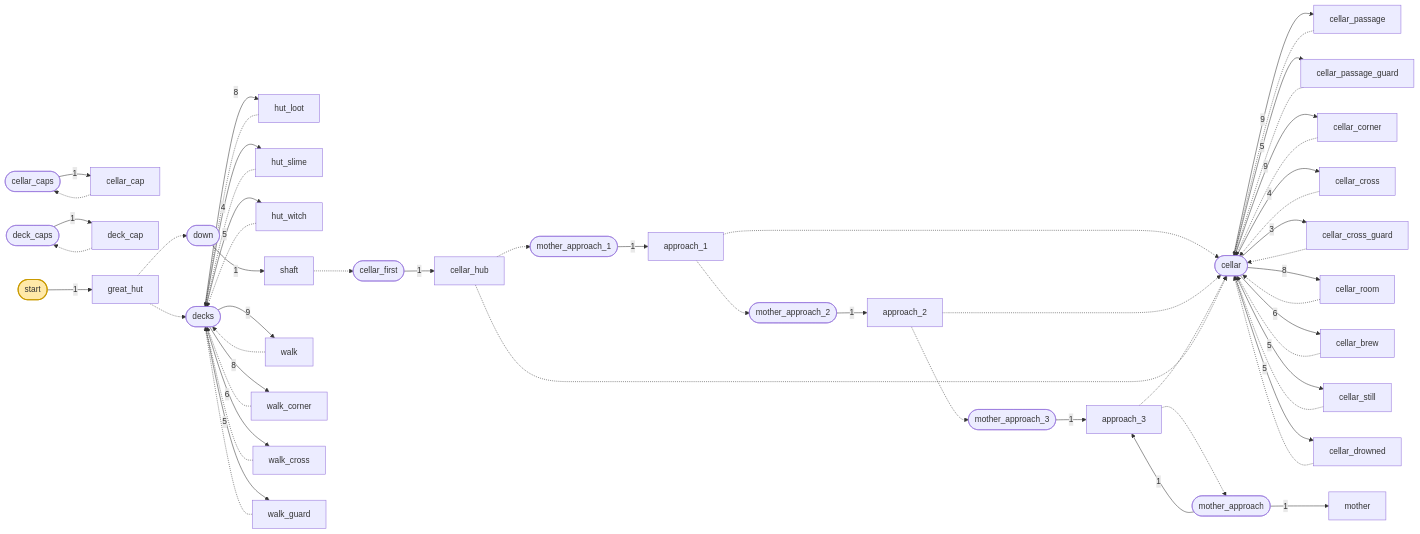
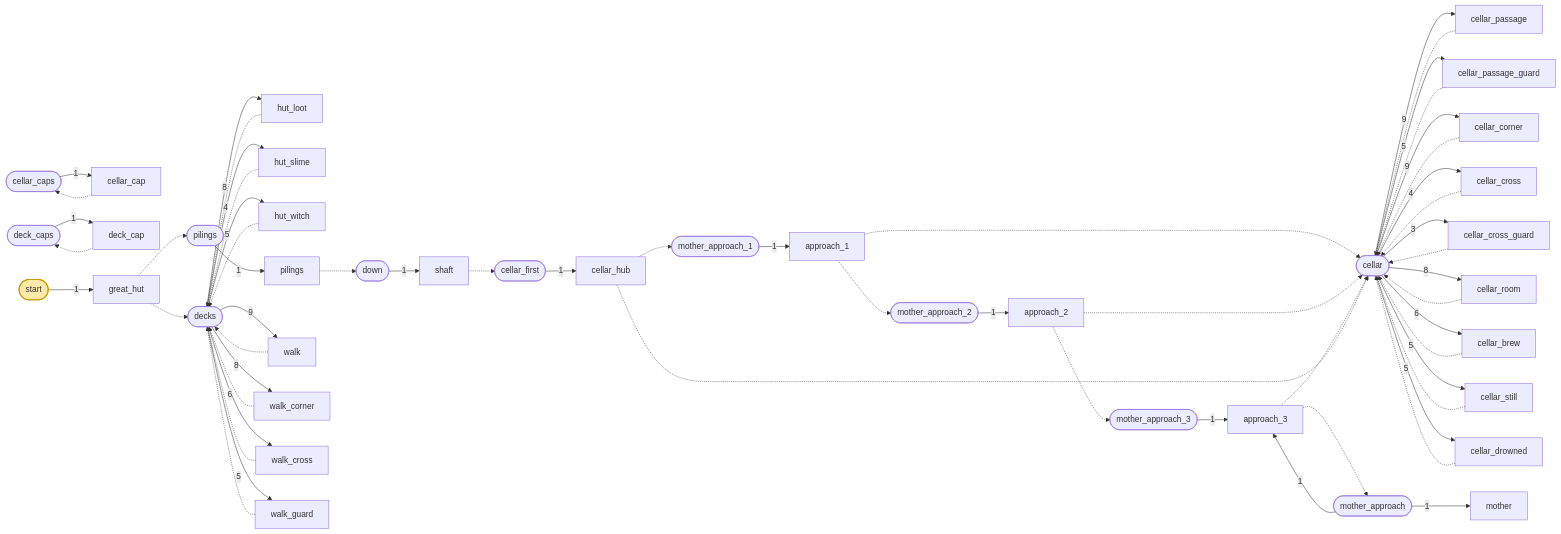
One commit to syang0531/sydungeon changed the diagram in docs/levels/swamp.md. Above: the diagram before and after it, drawn with Mermaid. The commit also changed other lines of this file and 41 other files, not shown here.

```diff
--- a/docs/levels/swamp.md
+++ b/docs/levels/swamp.md
@@ -80,6 +90,7 @@
   P_mother_approach_1(["mother_approach_1"])
   P_mother_approach_2(["mother_approach_2"])
   P_mother_approach_3(["mother_approach_3"])
+  P_pilings(["pilings"])
   P_start(["start"])
   E_approach_1["approach_1"]
   E_approach_2["approach_2"]
@@ -101,6 +112,7 @@
   E_hut_slime["hut_slime"]
   E_hut_witch["hut_witch"]
   E_mother["mother"]
+  E_pilings["pilings"]
   E_shaft["shaft"]
   E_walk["walk"]
   E_walk_corner["walk_corner"]
@@ -131,6 +143,7 @@
   P_mother_approach_1 -- 1 --> E_approach_1
   P_mother_approach_2 -- 1 --> E_approach_2
   P_mother_approach_3 -- 1 --> E_approach_3
+  P_pilings -- 1 --> E_pilings
   P_start -- 1 --> E_great_hut
   E_approach_1 -.-> P_cellar
   E_approach_1 -.-> P_mother_approach_2
@@ -152,10 +165,11 @@
   E_cellar_still -.-> P_cellar
   E_deck_cap -.-> P_deck_caps
   E_great_hut -.-> P_decks
-  E_great_hut -.-> P_down
+  E_great_hut -.-> P_pilings
   E_hut_loot -.-> P_decks
   E_hut_slime -.-> P_decks
   E_hut_witch -.-> P_decks
+  E_pilings -.-> P_down
   E_shaft -.-> P_cellar_first
   E_walk -.-> P_decks
   E_walk_corner -.-> P_decks
```
